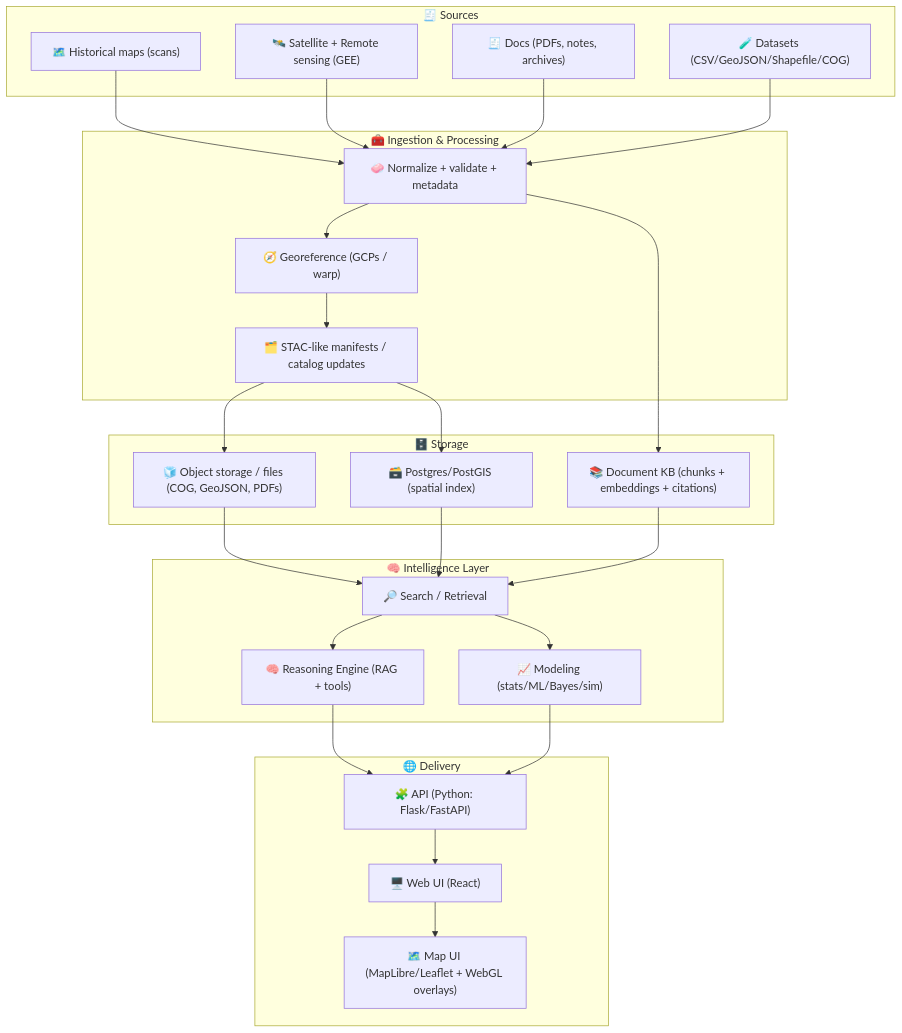
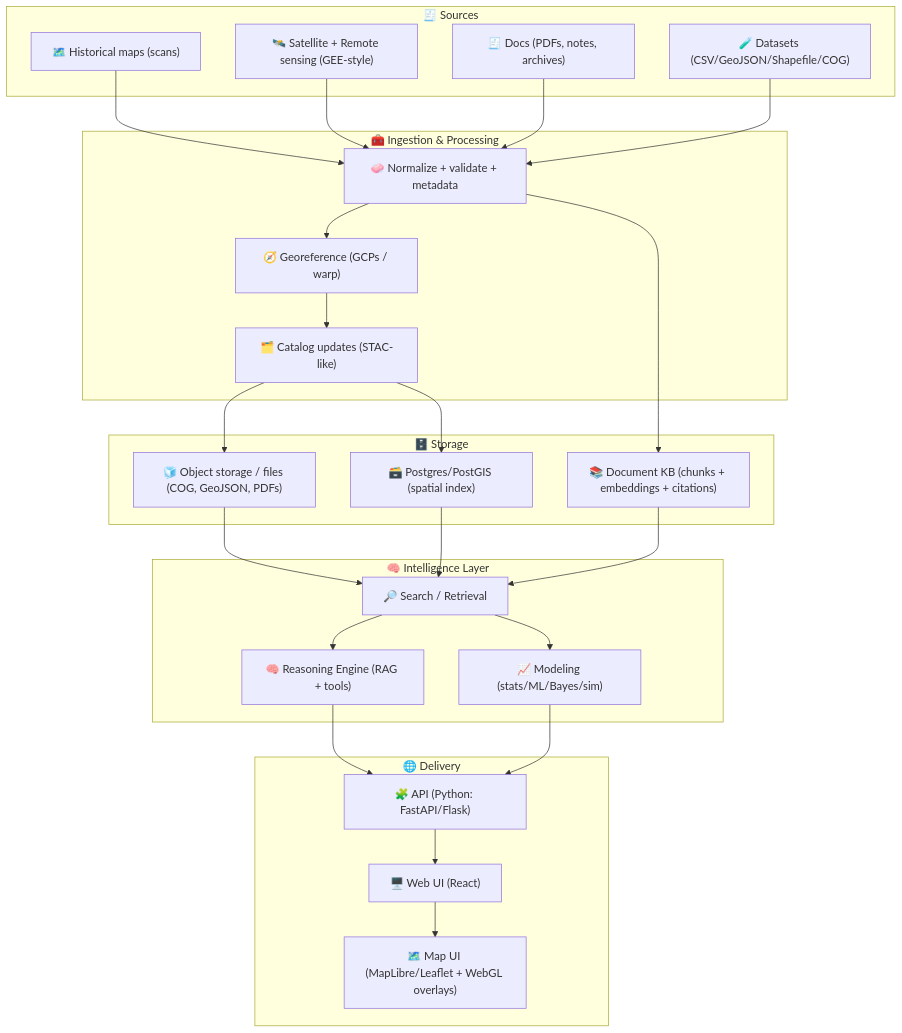
Before and after one commit to bartytime4life/Kansas-Frontier-Matrix: the diagram in README.md, drawn with Mermaid. The commit also changed other lines of this file, not shown here.

````diff
--- a/README.md
+++ b/README.md
@@ -65,47 +96,47 @@
 ```mermaid
 flowchart TB
   subgraph Sources["🧾 Sources"]
     A["🗺️ Historical maps (scans)"]
-    B["🛰️ Satellite + Remote sensing (GEE)"]
+    B["🛰️ Satellite + Remote sensing (GEE-style)"]
     C["🧾 Docs (PDFs, notes, archives)"]
     D["🧪 Datasets (CSV/GeoJSON/Shapefile/COG)"]
   end
 
   subgraph Ingest["🧰 Ingestion & Processing"]
     E["🧼 Normalize + validate + metadata"]
     F["🧭 Georeference (GCPs / warp)"]
-    G["🗂️ STAC-like manifests / catalog updates"]
+    G["🗂️ Catalog updates (STAC-like)"]
   end
 
   subgraph Storage["🗄️ Storage"]
     H["🧊 Object storage / files (COG, GeoJSON, PDFs)"]
     I["🗃️ Postgres/PostGIS (spatial index)"]
     J["📚 Document KB (chunks + embeddings + citations)"]
   end
 
   subgraph Intelligence["🧠 Intelligence Layer"]
     K["🔎 Search / Retrieval"]
     L["🧠 Reasoning Engine (RAG + tools)"]
     M["📈 Modeling (stats/ML/Bayes/sim)"]
   end
 
   subgraph Delivery["🌐 Delivery"]
-    N["🧩 API (Python: Flask/FastAPI)"]
+    N["🧩 API (Python: FastAPI/Flask)"]
     O["🖥️ Web UI (React)"]
     P["🗺️ Map UI (MapLibre/Leaflet + WebGL overlays)"]
   end
 
   A-->E
   B-->E
   C-->E
   D-->E
   E-->F-->G
   G-->H
   G-->I
   E-->J
   H-->K
   I-->K
   J-->K
   K-->L-->N-->O-->P
   K-->M-->N
 ```
````
